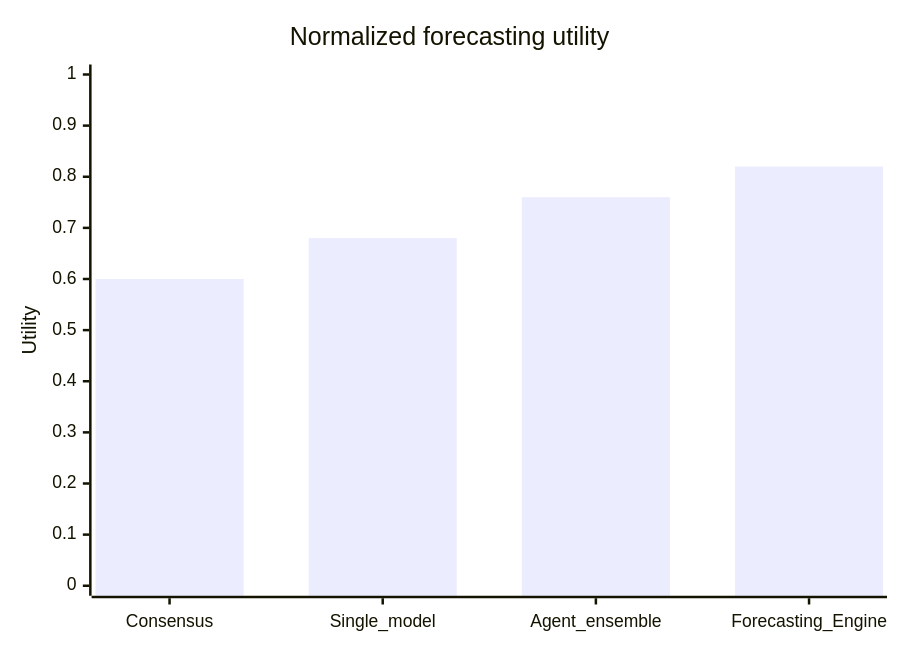
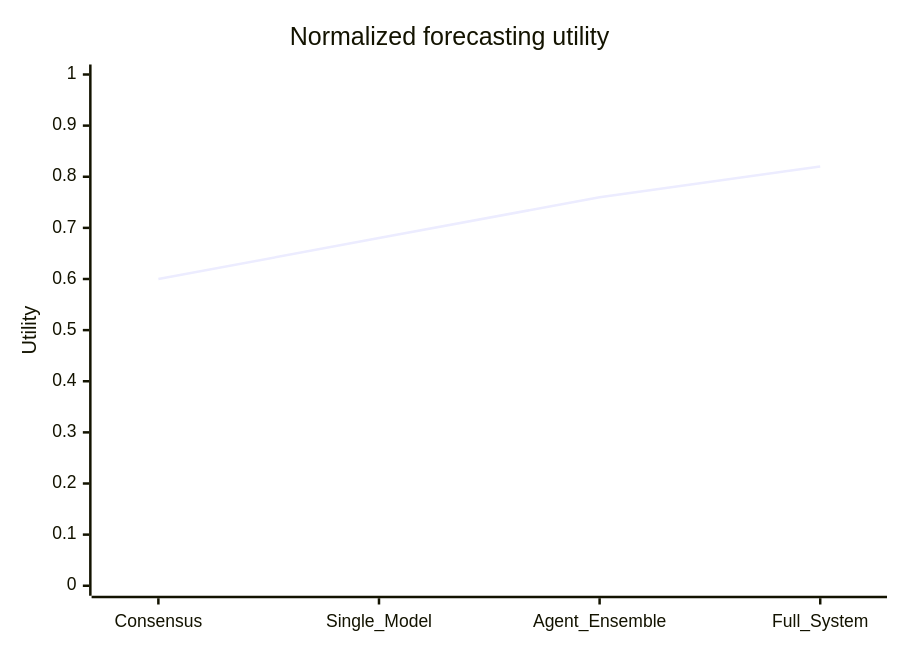
One commit to goku54477/aimbot-ai-frontend changed the second of 3 diagrams in forecasting-engine-whitepaper.md. Above: the diagram before and after it, drawn with Mermaid. The commit also changed other lines of this file and 1 other file, not shown here.

Commit message:
fix: adjust mermaid chart width and label sizes

````diff
--- a/forecasting-engine-whitepaper.md
+++ b/forecasting-engine-whitepaper.md
@@ -96,7 +96,7 @@
 ```mermaid
 xychart-beta
     title "Normalized forecasting utility"
-    x-axis [Consensus, Single_model, Agent_ensemble, Forecasting_Engine]
+    x-axis [Consensus, Single_Model, Agent_Ensemble, Full_System]
     y-axis "Utility" 0 --> 1.0
-    bar [0.60, 0.68, 0.76, 0.82]
+    line [0.60, 0.68, 0.76, 0.82]
 ```
````
